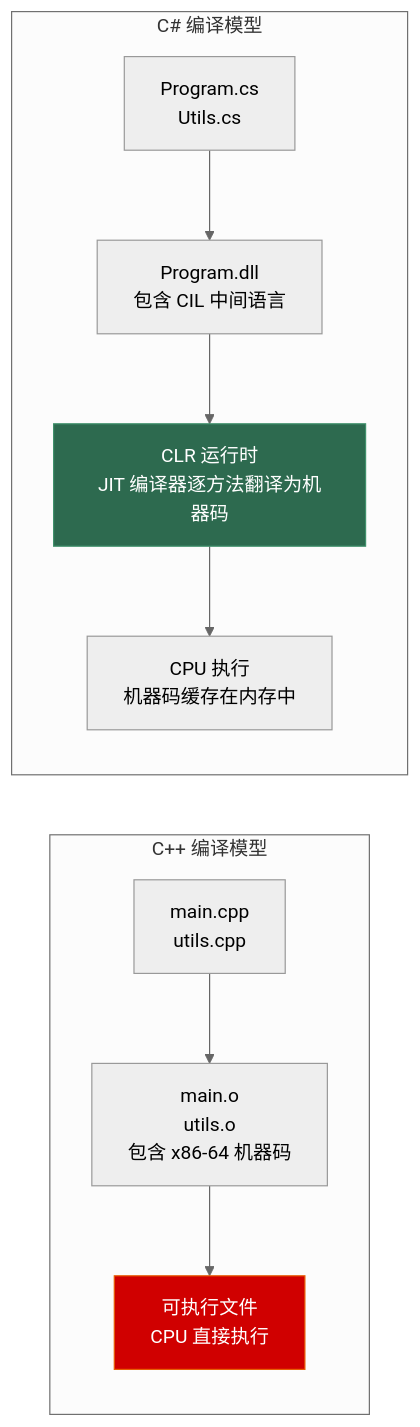
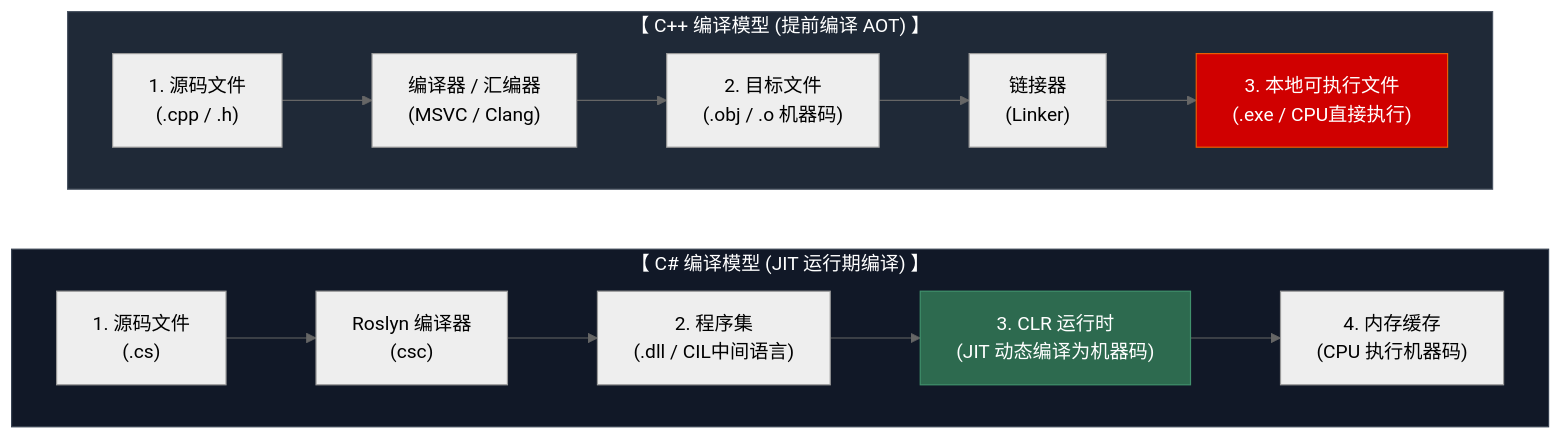
One commit to Lumivers/firefly changed the first of 4 diagrams in src/content/posts/learn_csharp/09_clr_and_compilation.md. Above: the diagram before and after it, drawn with Mermaid (neutral theme). The commit also changed 1 other file, not shown here.

Commit message:
feat: 更新异步编程和CLR与编译管线章节中的示意图，增强对C#编译模型和异步机制的理解

````diff
--- a/src/content/posts/learn_csharp/09_clr_and_compilation.md
+++ b/src/content/posts/learn_csharp/09_clr_and_compilation.md
@@ -24,16 +24,29 @@
 ```mermaid
-flowchart LR
-    subgraph "C++ 编译模型"
-        CPP_SRC["main.cpp<br/>utils.cpp"] --> CPP_OBJ["main.o<br/>utils.o<br/>包含 x86-64 机器码"]
-        CPP_OBJ --> CPP_EXE["可执行文件<br/>CPU 直接执行"]
+flowchart TD
+    %% ================= 上层：C++ 编译模型 =================
+    subgraph CPP ["【 C++ 编译模型 (提前编译 AOT) 】"]
+        direction LR
+        CPP_SRC["1. 源码文件<br/>(.cpp / .h)"] --> CPP_COMP["编译器 / 汇编器<br/>(MSVC / Clang)"]
+        CPP_COMP --> CPP_OBJ["2. 目标文件<br/>(.obj / .o 机器码)"]
+        CPP_OBJ --> CPP_LINK["链接器<br/>(Linker)"]
+        CPP_LINK --> CPP_EXE["3. 本地可执行文件<br/>(.exe / CPU直接执行)"]
     end
-    
-    subgraph "C# 编译模型"
-        CS_SRC["Program.cs<br/>Utils.cs"] --> CS_IL["Program.dll<br/>包含 CIL 中间语言"]
-        CS_IL --> CS_JIT["CLR 运行时<br/>JIT 编译器逐方法翻译为机器码"]
-        CS_JIT --> CS_EXE["CPU 执行<br/>机器码缓存在内存中"]
+
+    %% ================= 下层：C# 编译模型 =================
+    subgraph CS ["【 C# 编译模型 (JIT 运行期编译) 】"]
+        direction LR
+        CS_SRC["1. 源码文件<br/>(.cs)"] --> CS_COMP["Roslyn 编译器<br/>(csc)"]
+        CS_COMP --> CS_IL["2. 程序集<br/>(.dll / CIL中间语言)"]
+        CS_IL --> CS_JIT["3. CLR 运行时<br/>(JIT 动态编译为机器码)"]
+        CS_JIT --> CS_EXE["4. 内存缓存<br/>(CPU 执行机器码)"]
     end
-    
+
+    %% 强制让 C++ 盒子和 C# 盒子上下堆叠对齐，防止横向无限拉伸
+    CPP ~~~ CS
+
+    %% 样式微调
     style CPP_EXE fill:#d00000,stroke:#e85d04,color:white
     style CS_JIT fill:#2d6a4f,stroke:#40916c,color:white
+    style CPP fill:#1f2937,stroke:#4b5563,color:white
+    style CS fill:#111827,stroke:#374151,color:white
 ```
````
